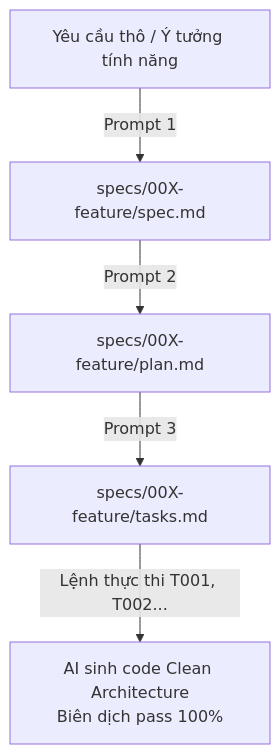
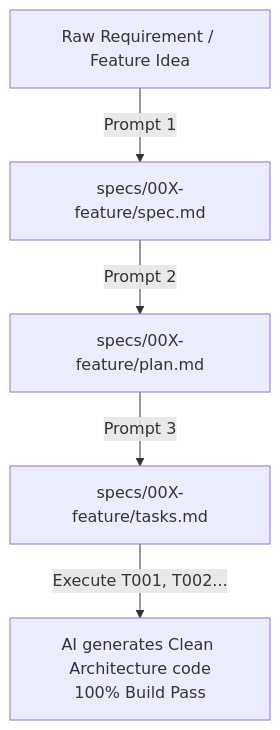
The diagram in docs/spec-driven-guide.md (cuong28022003/EngComic_backend), drawn with Mermaid before and after one commit. The commit also changed other lines of this file and 111 other files, not shown here.

Commit message:
change architecture and upgrade tech stack

````diff
--- a/docs/spec-driven-guide.md
+++ b/docs/spec-driven-guide.md
@@ -23,7 +23,7 @@
 ```mermaid
 graph TD
-    UserReq[Yêu cầu thô / Ý tưởng tính năng] -->|Prompt 1| Spec[specs/00X-feature/spec.md]
+    UserReq[Raw Requirement / Feature Idea] -->|Prompt 1| Spec[specs/00X-feature/spec.md]
     Spec -->|Prompt 2| Plan[specs/00X-feature/plan.md]
     Plan -->|Prompt 3| Tasks[specs/00X-feature/tasks.md]
-    Tasks -->|Lệnh thực thi T001, T002...| Code[AI sinh code Clean Architecture<br>Biên dịch pass 100%]
+    Tasks -->|Execute T001, T002...| Code[AI generates Clean Architecture code<br>100% Build Pass]
 ```
````
